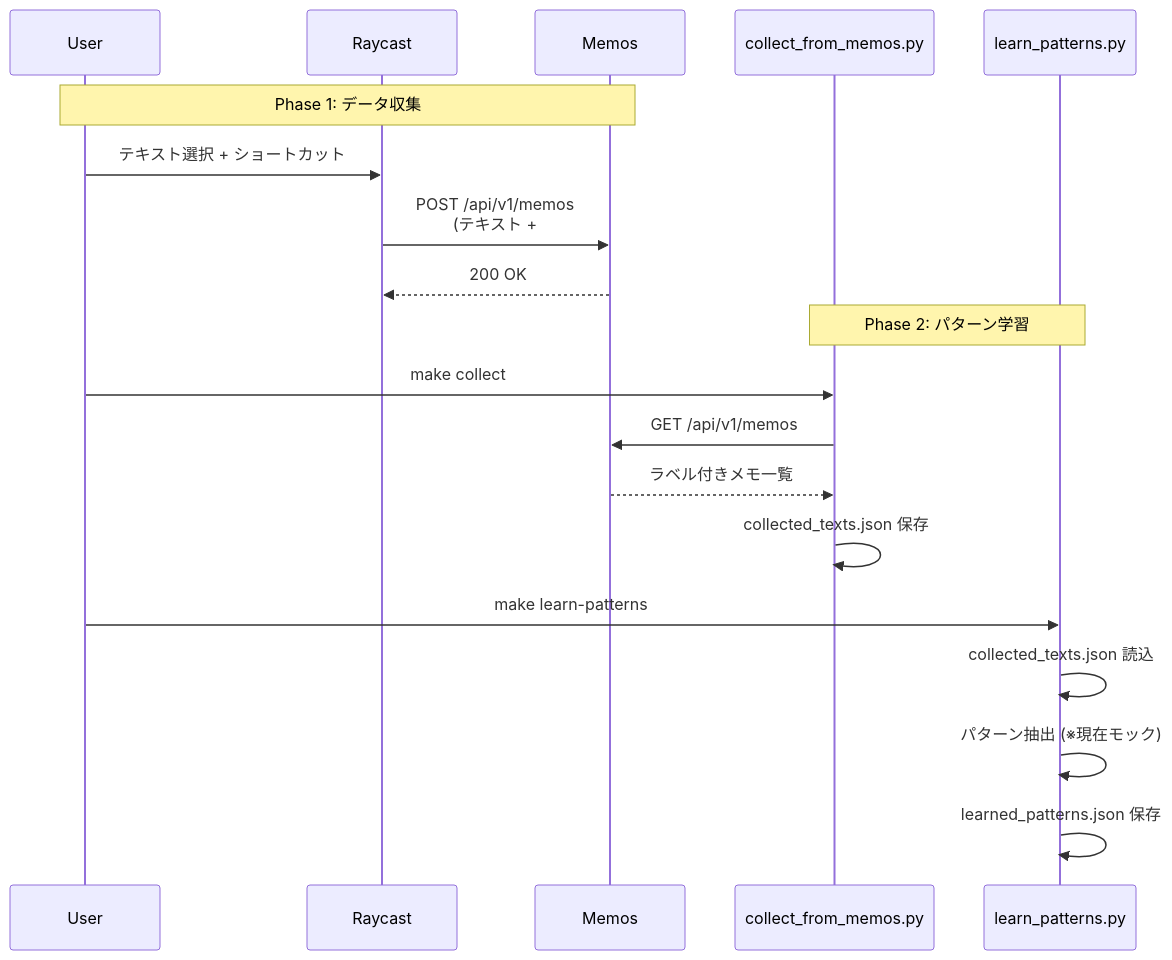
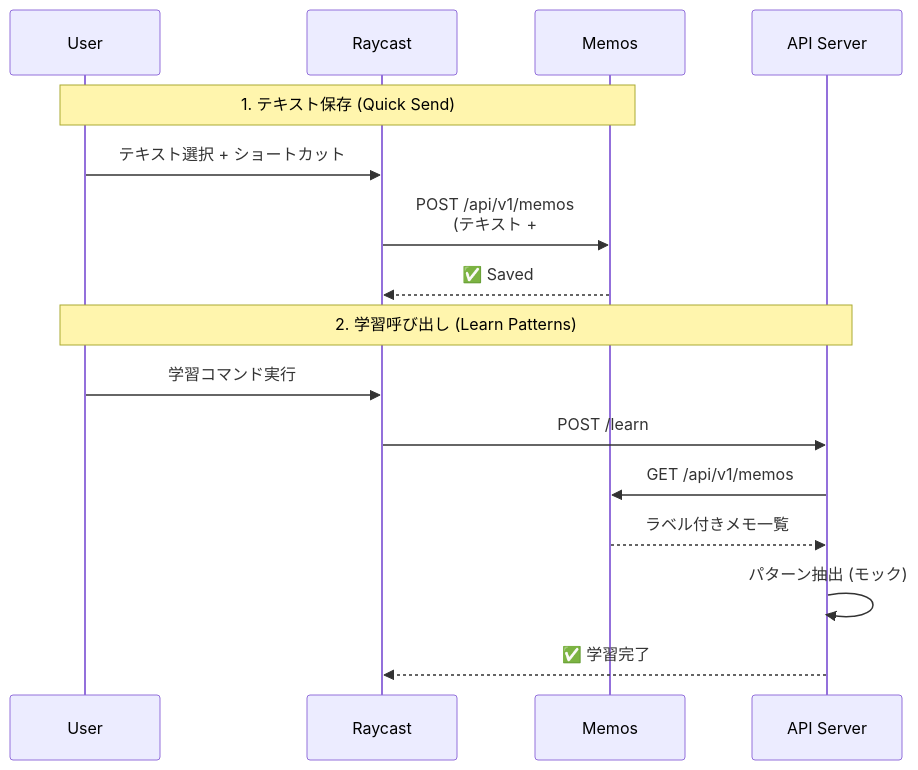
Before and after one commit to AobaIwaki123/quick-send: the second of 2 diagrams in ARCHITECTURE.md, drawn with Mermaid. The commit also changed other lines of this file, not shown here.

````diff
--- a/ARCHITECTURE.md
+++ b/ARCHITECTURE.md
@@ -35,24 +33,20 @@
 ```mermaid
 sequenceDiagram
     participant User
     participant Raycast
     participant Memos
-    participant Collect as collect_from_memos.py
-    participant Learn as learn_patterns.py
+    participant API as API Server
     
-    Note over User,Memos: Phase 1: データ収集
+    Note over User,Memos: 1. テキスト保存 (Quick Send)
     User->>Raycast: テキスト選択 + ショートカット
     Raycast->>Memos: POST /api/v1/memos<br/>(テキスト + #ai_bad or #good)
-    Memos-->>Raycast: 200 OK
+    Memos-->>Raycast: ✅ Saved
     
-    Note over Collect,Learn: Phase 2: パターン学習
-    User->>Collect: make collect
-    Collect->>Memos: GET /api/v1/memos
-    Memos-->>Collect: ラベル付きメモ一覧
-    Collect->>Collect: collected_texts.json 保存
-    
-    User->>Learn: make learn-patterns
-    Learn->>Learn: collected_texts.json 読込
-    Learn->>Learn: パターン抽出 (※現在モック)
-    Learn->>Learn: learned_patterns.json 保存
+    Note over User,API: 2. 学習呼び出し (Learn Patterns)
+    User->>Raycast: 学習コマンド実行
+    Raycast->>API: POST /learn
+    API->>Memos: GET /api/v1/memos
+    Memos-->>API: ラベル付きメモ一覧
+    API->>API: パターン抽出 (モック)
+    API-->>Raycast: ✅ 学習完了
 ```
````
